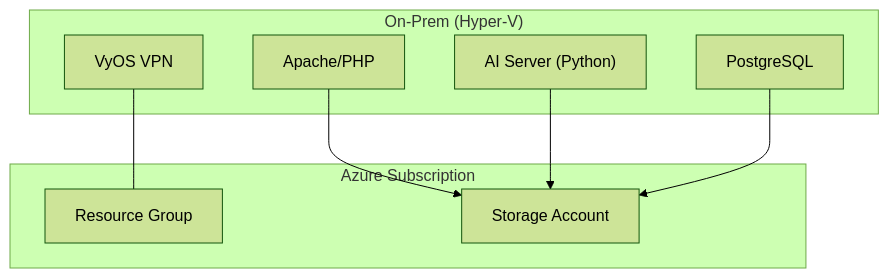
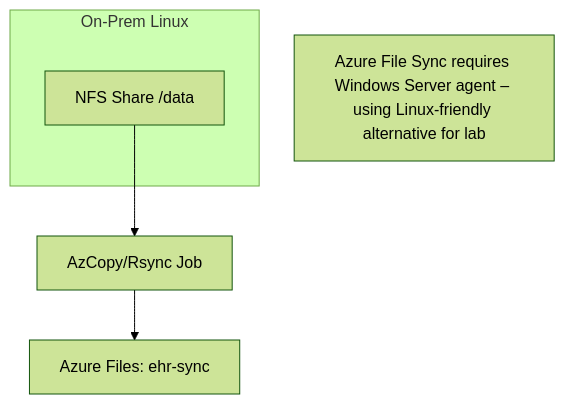
The diagram in Azure_Storage/assets/diagrams/module17_flow.mmd (heisthesisko/azure-se-bootcamp), drawn with Mermaid (forest theme) before and after one commit. The commit also changed 213 other files, not shown here.

```diff
--- a/Azure_Storage/assets/diagrams/module17_flow.mmd
+++ b/Azure_Storage/assets/diagrams/module17_flow.mmd
@@ -1,15 +1,7 @@
 flowchart TB
-  subgraph Azure ["Azure Subscription"]
-    RG["Resource Group"]
-    SA["Storage Account"]
+  subgraph OnPremLinux["On-Prem Linux"]
+    NFS["NFS Share /data"]
   end
-  subgraph OnPrem ["On-Prem (Hyper-V)"]
-    VyOS["VyOS VPN"]
-    Web["Apache/PHP"]
-    DB["PostgreSQL"]
-    AI["AI Server (Python)"]
-  end
-  VyOS --- RG
-  Web --> SA
-  AI --> SA
-  DB --> SA
+  AzCopy["AzCopy/Rsync Job"] --> Files["Azure Files: ehr-sync"]
+  NFS --> AzCopy
+  Note["Azure File Sync requires Windows Server agent – using Linux-friendly alternative for lab"]
```
